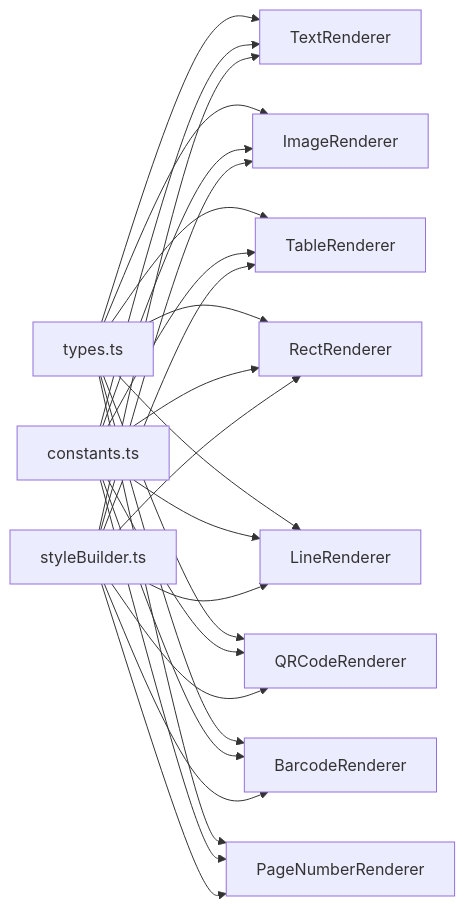
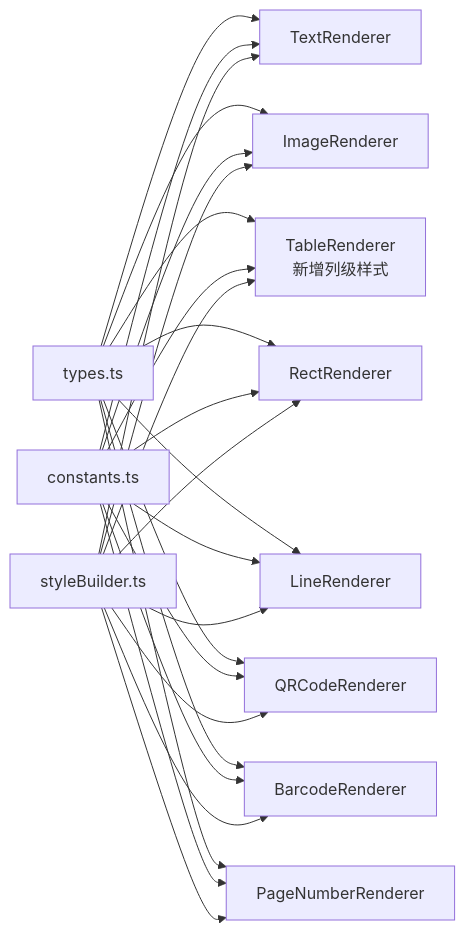
One commit to joker-yjc/printer changed the fourth of 4 diagrams in .qoder/repowiki/zh/content/API 参考文档/组件渲染器接口/组件渲染器接口.md. Above: the diagram before and after it, drawn with Mermaid. The commit also changed other lines of this file and 128 other files, not shown here.

````diff
--- a/.qoder/repowiki/zh/content/API 参考文档/组件渲染器接口/组件渲染器接口.md
+++ b/.qoder/repowiki/zh/content/API 参考文档/组件渲染器接口/组件渲染器接口.md
@@ -383,27 +435,27 @@
 ```mermaid
 graph LR
 Types["types.ts"] --> TR["TextRenderer"]
 Types --> IR["ImageRenderer"]
-Types --> TBLR["TableRenderer"]
+Types --> TBLR["TableRenderer<br/>新增列级样式"]
 Types --> RR["RectRenderer"]
 Types --> LR["LineRenderer"]
 Types --> QRR["QRCodeRenderer"]
 Types --> BCR["BarcodeRenderer"]
 Types --> PNR["PageNumberRenderer"]
 Const["constants.ts"] --> TR
 Const --> IR
 Const --> TBLR
 Const --> RR
 Const --> LR
 Const --> QRR
 Const --> BCR
 Const --> PNR
 Utils["styleBuilder.ts"] --> TR
 Utils --> IR
 Utils --> TBLR
 Utils --> RR
 Utils --> LR
 Utils --> QRR
 Utils --> BCR
 Utils --> PNR
 ```
````
